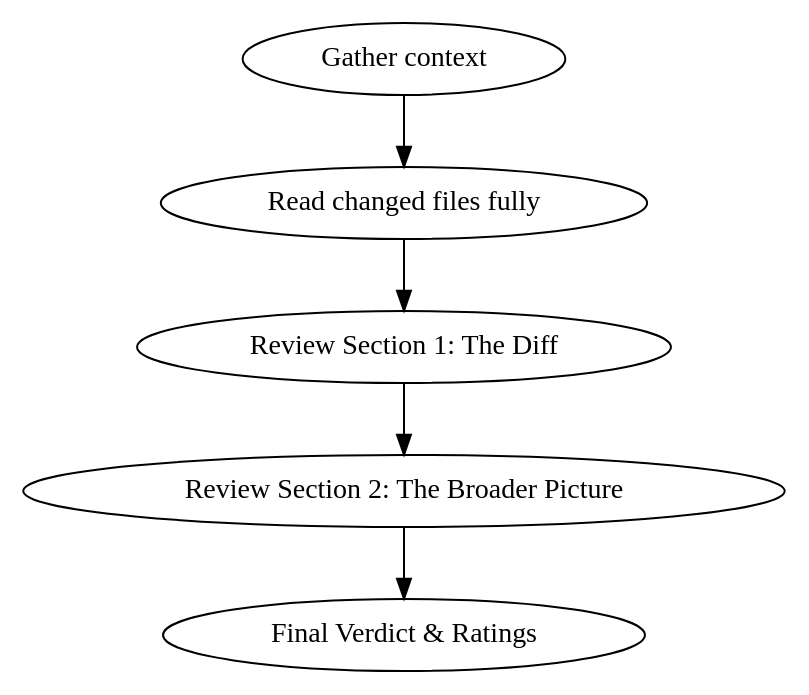
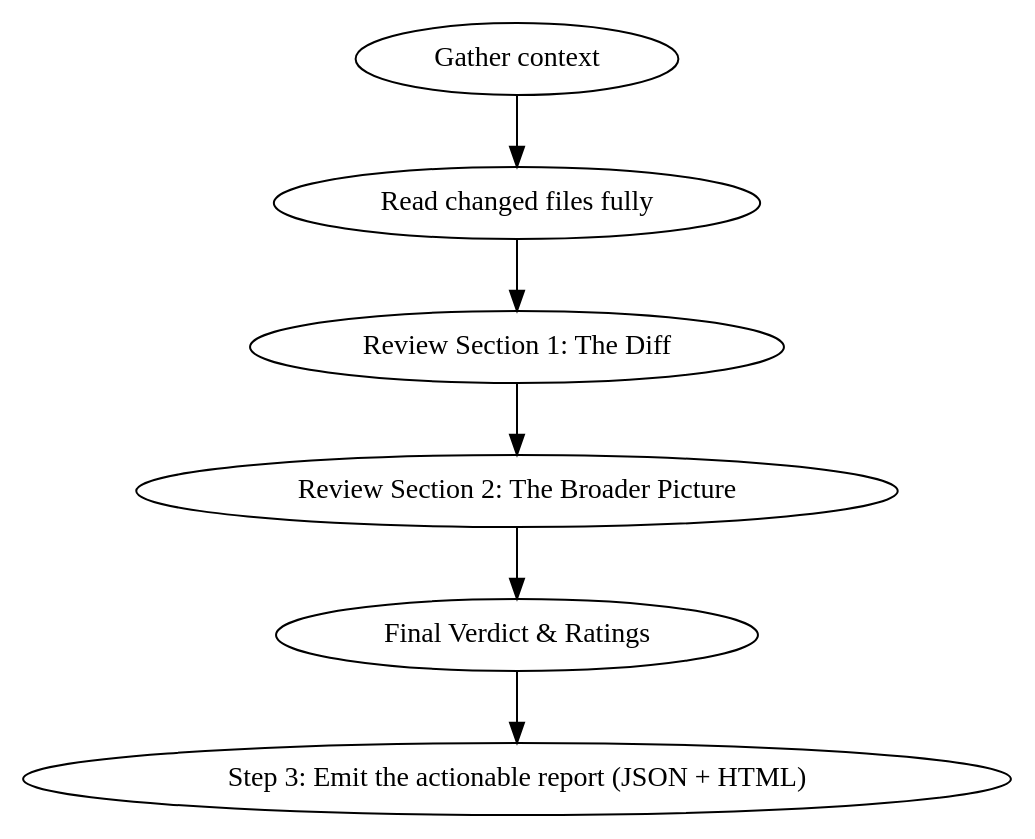
One commit to Atypical-Consulting/claude-legends-review changed the diagram in skills/elon-review/SKILL.md. Above: the diagram before and after it, drawn with Graphviz. The commit also changed other lines of this file and 10 other files, not shown here.

First line of the commit message:
feat: actionable HTML reports for every review, solo or legends

````diff
--- a/skills/elon-review/SKILL.md
+++ b/skills/elon-review/SKILL.md
@@ -25,9 +25,10 @@
 ```dot
 digraph review {
     rankdir=TB;
     "Gather context" -> "Read changed files fully";
     "Read changed files fully" -> "Review Section 1: The Diff";
     "Review Section 1: The Diff" -> "Review Section 2: The Broader Picture";
     "Review Section 2: The Broader Picture" -> "Final Verdict & Ratings";
+    "Final Verdict & Ratings" -> "Step 3: Emit the actionable report (JSON + HTML)";
 }
 ```
````
